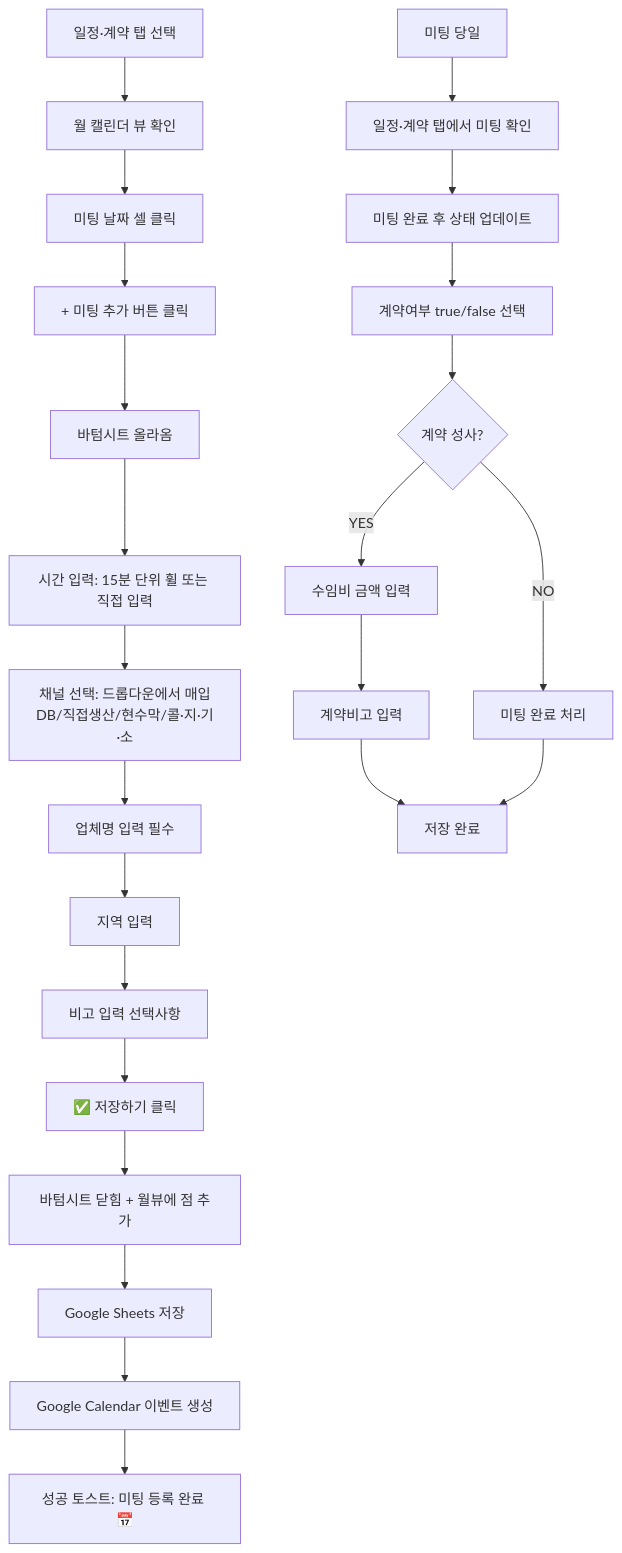
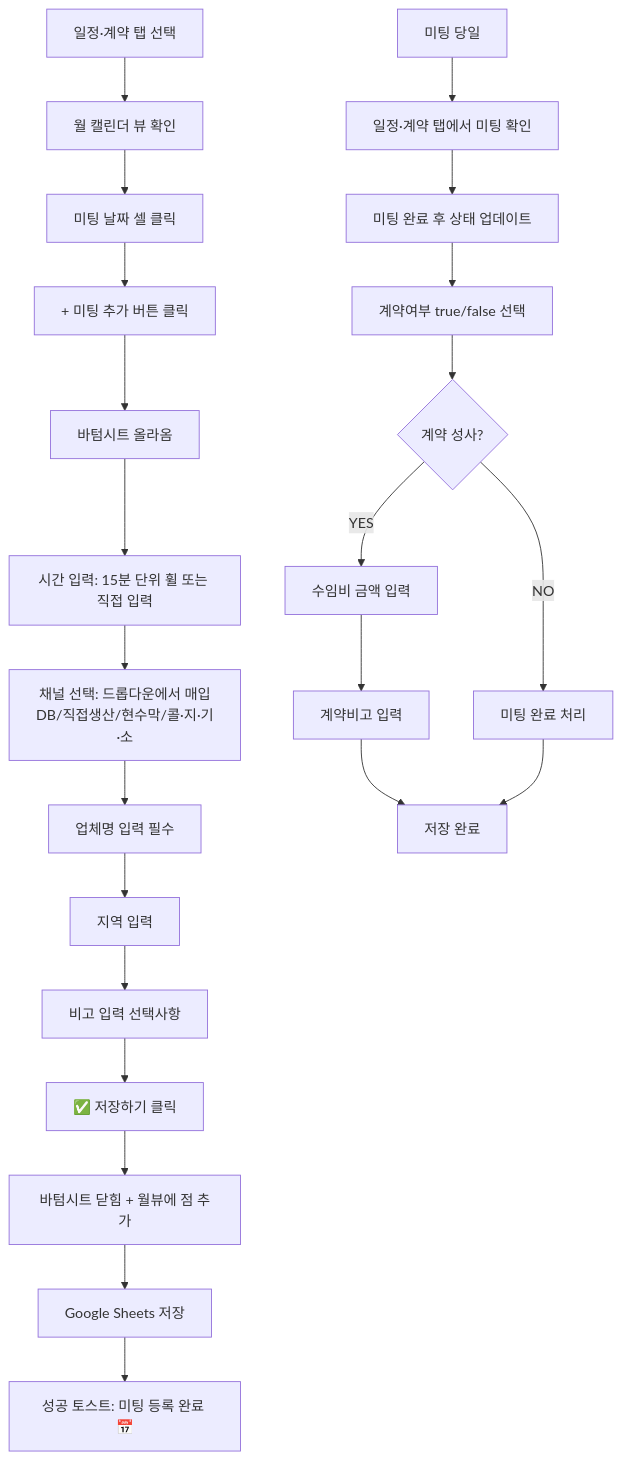
One commit to bbelieff/salespt-log changed the second of 6 diagrams in docs/domains/user-journeys.md. Above: the diagram before and after it, drawn with Mermaid. The commit also changed other lines of this file, not shown here.

First line of the commit message:
docs: Google Calendar 동기화를 향후 확장 기능으로 분리

````diff
--- a/docs/domains/user-journeys.md
+++ b/docs/domains/user-journeys.md
@@ -58,27 +58,26 @@
 ```mermaid
 flowchart TD
     A[일정·계약 탭 선택] --> B[월 캘린더 뷰 확인]
     B --> C[미팅 날짜 셀 클릭]
     C --> D[+ 미팅 추가 버튼 클릭]
     D --> E[바텀시트 올라옴]
     E --> F[시간 입력: 15분 단위 휠 또는 직접 입력]
     F --> G[채널 선택: 드롭다운에서 매입DB/직접생산/현수막/콜·지·기·소]
     G --> H[업체명 입력 필수]
     H --> I[지역 입력]
     I --> J[비고 입력 선택사항]
     J --> K[✅ 저장하기 클릭]
     K --> L[바텀시트 닫힘 + 월뷰에 점 추가]
     L --> M[Google Sheets 저장]
-    M --> N[Google Calendar 이벤트 생성]
-    N --> O[성공 토스트: 미팅 등록 완료 📅]
+    M --> N[성공 토스트: 미팅 등록 완료 📅]
     
-    P[미팅 당일] --> Q[일정·계약 탭에서 미팅 확인]
-    Q --> R[미팅 완료 후 상태 업데이트]
-    R --> S[계약여부 true/false 선택]
-    S --> T{계약 성사?}
-    T -->|YES| U[수임비 금액 입력]
-    T -->|NO| V[미팅 완료 처리]
-    U --> W[계약비고 입력]
-    W --> X[저장 완료]
-    V --> X
+    O[미팅 당일] --> P[일정·계약 탭에서 미팅 확인]
+    P --> Q[미팅 완료 후 상태 업데이트]
+    Q --> R[계약여부 true/false 선택]
+    R --> S{계약 성사?}
+    S -->|YES| T[수임비 금액 입력]
+    S -->|NO| U[미팅 완료 처리]
+    T --> V[계약비고 입력]
+    V --> W[저장 완료]
+    U --> W
 ```
````
